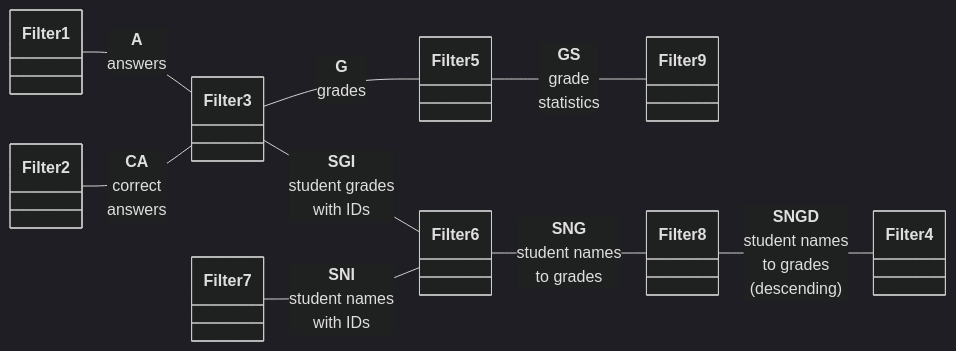
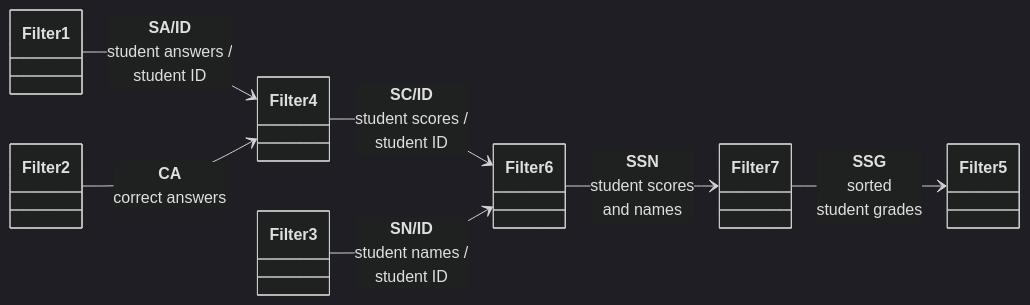
Before and after one commit to hanggrian/IIT-CS586: the first of 2 diagrams in assignments/hw3/README.md, drawn with Mermaid (dark theme). The commit also changed other lines of this file and 1 other file, not shown here.

````diff
--- a/assignments/hw3/README.md
+++ b/assignments/hw3/README.md
@@ -44,12 +42,10 @@
 ```mermaid
 classDiagram
   direction LR
-  Filter1 -- Filter3 : <b>A</b><br>answers
-  Filter2 -- Filter3 : <b>CA</b><br>correct<br>answers
-  Filter3 -- Filter5 : <b>G</b><br>grades
-  Filter3 -- Filter6 : <b>SGI</b><br>student grades<br>with IDs
-  Filter5 -- Filter9 : <b>GS</b><br>grade<br>statistics
-  Filter6 -- Filter8 : <b>SNG</b><br>student names<br>to grades
-  Filter7 -- Filter6 : <b>SNI</b><br>student names<br>with IDs
-  Filter8 -- Filter4 : <b>SNGD</b><br>student names<br>to grades<br>(descending)
+  Filter1 --> Filter4 : <b>SA/ID</b><br>student answers /<br>student ID
+  Filter2 --> Filter4 : <b>CA</b><br>correct answers
+  Filter4 --> Filter6 : <b>SC/ID</b><br>student scores /<br>student ID
+  Filter3 --> Filter6 : <b>SN/ID</b><br>student names /<br>student ID
+  Filter6 --> Filter7 : <b>SSN</b><br>student scores<br>and names
+  Filter7 --> Filter5 : <b>SSG</b><br>sorted<br>student grades
 ```
````
